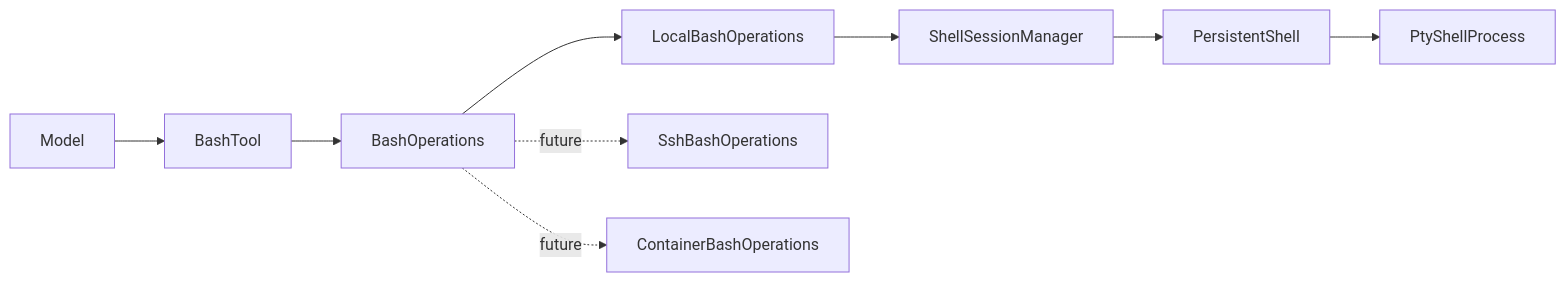
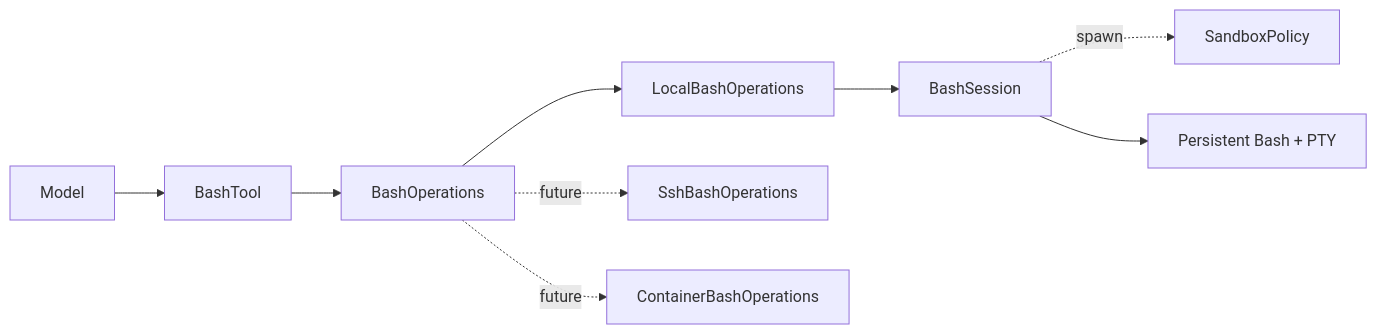
The diagram in docs/upgrade/2026-07-26-shell-upgrade-design.md (xiesunsun/MyOpenClaw), drawn with Mermaid before and after one commit. The commit also changed other lines of this file and 27 other files, not shown here.

````diff
--- a/docs/upgrade/2026-07-26-shell-upgrade-design.md
+++ b/docs/upgrade/2026-07-26-shell-upgrade-design.md
@@ -39,11 +39,11 @@
 ```mermaid
 flowchart LR
     Model["Model"] --> BashTool["BashTool"]
     BashTool --> Ops["BashOperations"]
     Ops --> Local["LocalBashOperations"]
     Ops -. future .-> SSH["SshBashOperations"]
     Ops -. future .-> Container["ContainerBashOperations"]
-    Local --> Manager["ShellSessionManager"]
-    Manager --> Shell["PersistentShell"]
-    Shell --> PTY["PtyShellProcess"]
+    Local --> Session["BashSession"]
+    Session -. spawn .-> Sandbox["SandboxPolicy"]
+    Session --> PTY["Persistent Bash + PTY"]
 ```
````
